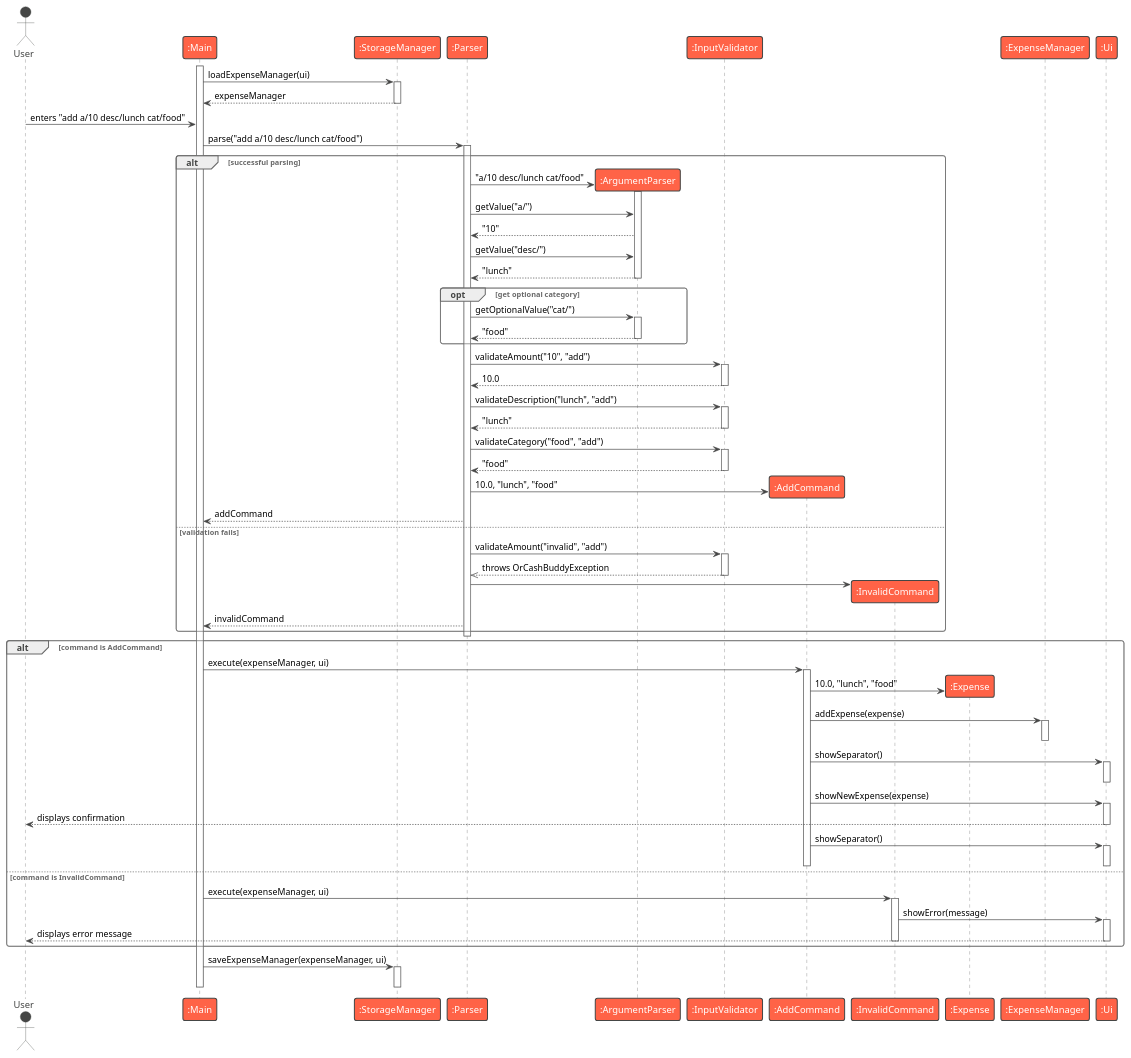
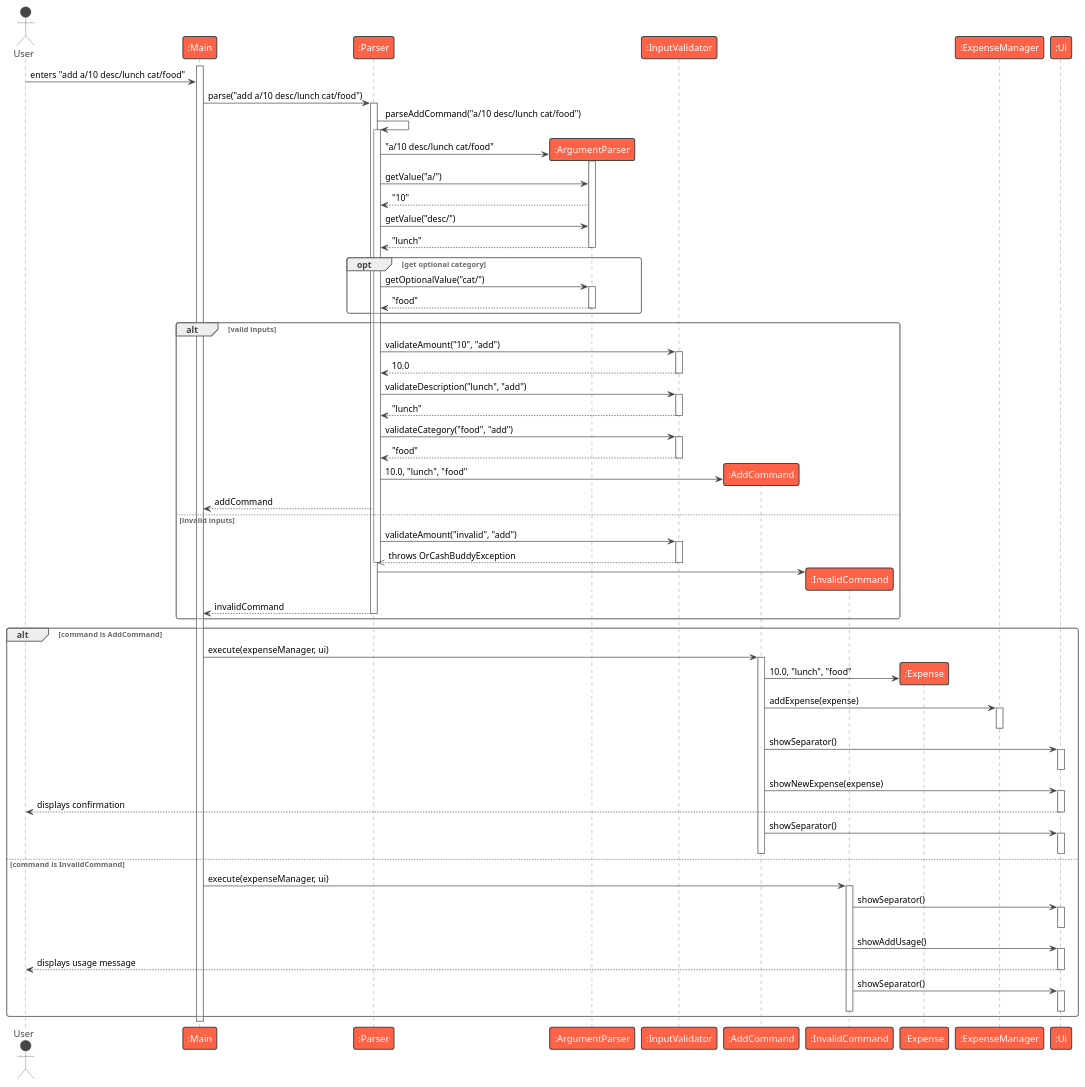
The diagram in docs/diagrams/add-sequence.puml (aydrienlaw/tp), drawn with PlantUML before and after one commit.

Commit message:
docs(developer-guide): update sequence diagram for add command

```diff
--- a/docs/diagrams/add-sequence.puml
+++ b/docs/diagrams/add-sequence.puml
@@ -1,115 +1,120 @@
 @startuml
 !theme vibrant
 actor User
 participant ":Main" as Main
-participant ":StorageManager" as StorageManager
 participant ":Parser" as Parser
 participant ":ArgumentParser" as ArgumentParser
 participant ":InputValidator" as InputValidator
 participant ":AddCommand" as AddCommand
 participant ":InvalidCommand" as InvalidCommand
 participant ":Expense" as Expense
 participant ":ExpenseManager" as ExpenseManager
 participant ":Ui" as Ui
 
 activate Main
-Main -> StorageManager : loadExpenseManager(ui)
-activate StorageManager
-StorageManager --> Main : expenseManager
-deactivate StorageManager
 
 User -> Main : enters "add a/10 desc/lunch cat/food"
 
 Main -> Parser : parse("add a/10 desc/lunch cat/food")
 activate Parser
 
-alt successful parsing
+Parser -> Parser : parseAddCommand("a/10 desc/lunch cat/food")
+activate Parser
 
-    create ArgumentParser
-    Parser -> ArgumentParser : "a/10 desc/lunch cat/food"
+create ArgumentParser
+Parser -> ArgumentParser : "a/10 desc/lunch cat/food"
+activate ArgumentParser
+Parser -> ArgumentParser : getValue("a/")
+ArgumentParser --> Parser : "10"
+Parser -> ArgumentParser : getValue("desc/")
+ArgumentParser --> Parser : "lunch"
+deactivate ArgumentParser
+
+opt get optional category
+    Parser -> ArgumentParser : getOptionalValue("cat/")
     activate ArgumentParser
-    Parser -> ArgumentParser : getValue("a/")
-    ArgumentParser --> Parser : "10"
-    Parser -> ArgumentParser : getValue("desc/")
-    ArgumentParser --> Parser : "lunch"
+    ArgumentParser --> Parser : "food"
     deactivate ArgumentParser
+end
 
-    opt get optional category
-        Parser -> ArgumentParser : getOptionalValue("cat/")
-        activate ArgumentParser
-        ArgumentParser --> Parser : "food"
-        deactivate ArgumentParser
-    end
+alt valid inputs
 
     Parser -> InputValidator : validateAmount("10", "add")
     activate InputValidator
     InputValidator --> Parser : 10.0
     deactivate InputValidator
     Parser -> InputValidator : validateDescription("lunch", "add")
     activate InputValidator
     InputValidator --> Parser : "lunch"
     deactivate InputValidator
     Parser -> InputValidator : validateCategory("food", "add")
     activate InputValidator
     InputValidator --> Parser : "food"
     deactivate InputValidator
 
     create AddCommand
     Parser -> AddCommand : 10.0, "lunch", "food"
     Parser --> Main : addCommand
 
-else validation fails
+else invalid inputs
 
     Parser -> InputValidator : validateAmount("invalid", "add")
     activate InputValidator
     InputValidator -->> Parser : throws OrCashBuddyException
     deactivate InputValidator
 
+    deactivate Parser
+
     create InvalidCommand
     Parser -> InvalidCommand
     Parser --> Main : invalidCommand
+    deactivate Parser
 
 end
-
-deactivate Parser
 
 alt command is AddCommand
     Main -> AddCommand : execute(expenseManager, ui)
     activate AddCommand
 
     create Expense
     AddCommand -> Expense : 10.0, "lunch", "food"
 
     AddCommand -> ExpenseManager : addExpense(expense)
     activate ExpenseManager
     deactivate ExpenseManager
 
     AddCommand -> Ui : showSeparator()
     activate Ui
     deactivate Ui
     AddCommand -> Ui : showNewExpense(expense)
     activate Ui
     Ui --> User : displays confirmation
     deactivate Ui
     AddCommand -> Ui : showSeparator()
     activate Ui
     deactivate Ui
 
     deactivate AddCommand
 
 else command is InvalidCommand
     Main -> InvalidCommand : execute(expenseManager, ui)
     activate InvalidCommand
-    InvalidCommand -> Ui : showError(message)
+
+    InvalidCommand -> Ui : showSeparator()
     activate Ui
-    Ui --> User : displays error message
     deactivate Ui
+
+    InvalidCommand -> Ui : showAddUsage()
+    activate Ui
+    Ui --> User : displays usage message
+    deactivate Ui
+
+    InvalidCommand -> Ui : showSeparator()
+    activate Ui
+    deactivate Ui
+
     deactivate InvalidCommand
 end
 
-Main -> StorageManager : saveExpenseManager(expenseManager, ui)
-activate StorageManager
-deactivate StorageManager
-
 deactivate Main
 @enduml
```
